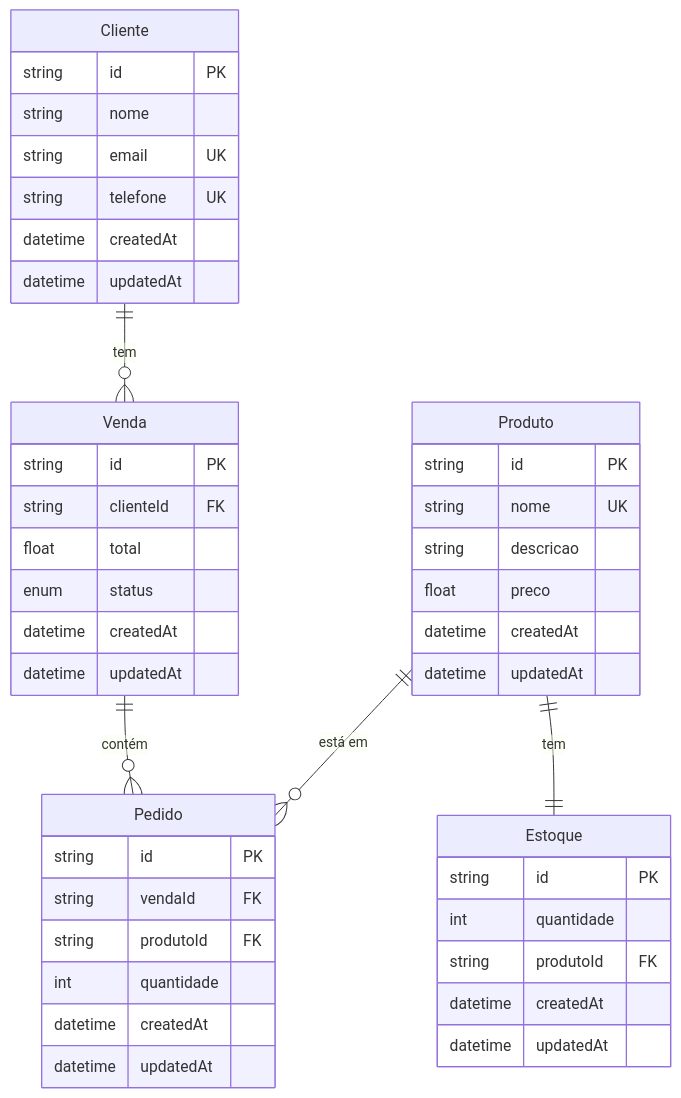
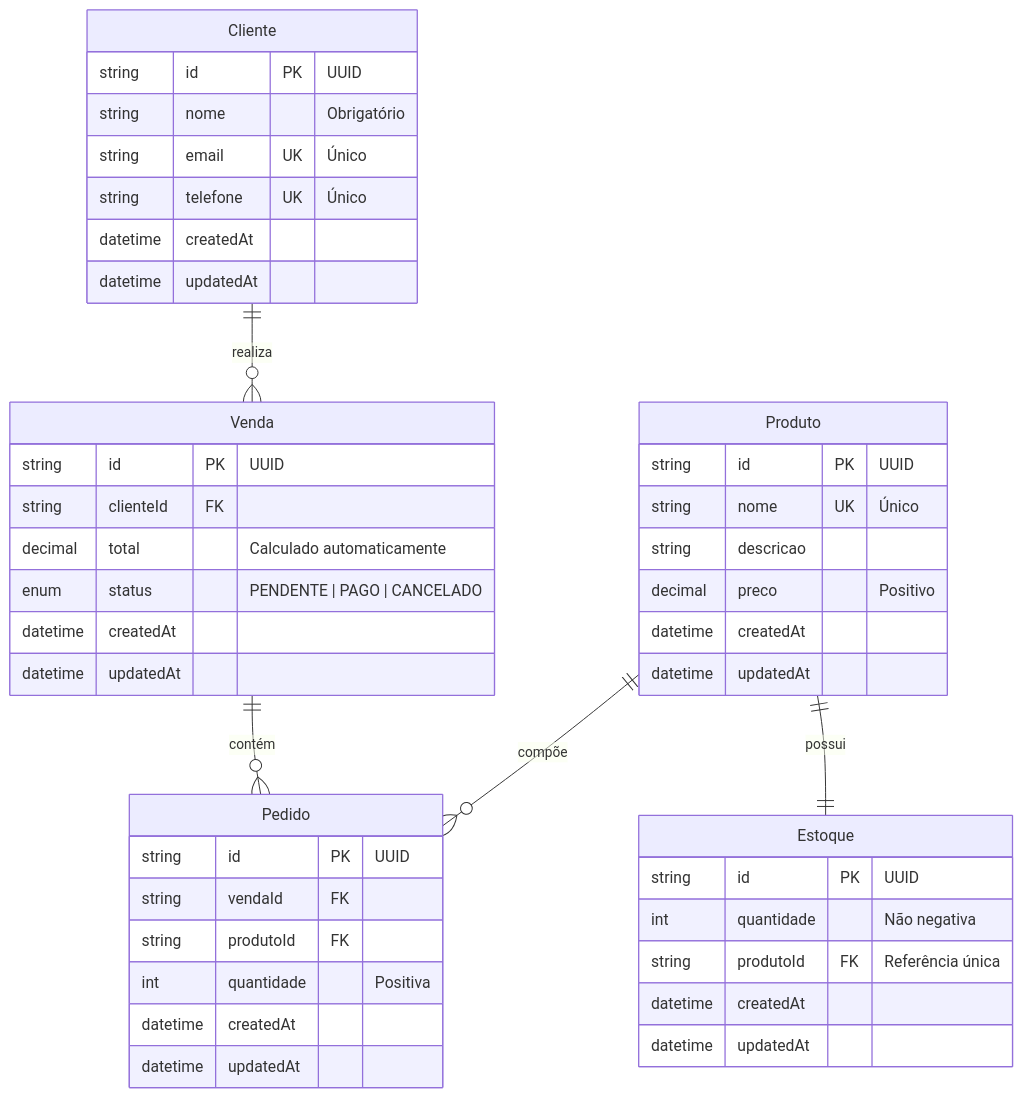
The diagram in README.md (leonardo-merlo/APIs-Ecommerce), drawn with Mermaid before and after one commit. The commit also changed other lines of this file, not shown here.

````diff
--- a/README.md
+++ b/README.md
@@ -70,51 +51,51 @@
 ```mermaid
 erDiagram
-    Cliente ||--o{ Venda : "tem"
+    Cliente ||--o{ Venda : "realiza"
     Venda ||--o{ Pedido : "contém"
-    Produto ||--o{ Pedido : "está em"
-    Produto ||--|| Estoque : "tem"
+    Produto ||--o{ Pedido : "compõe"
+    Produto ||--|| Estoque : "possui"
     
     Cliente {
-        string id PK
-        string nome
-        string email UK
-        string telefone UK
+        string id PK "UUID"
+        string nome "Obrigatório"
+        string email UK "Único"
+        string telefone UK "Único"
         datetime createdAt
         datetime updatedAt
     }
     
     Produto {
-        string id PK
-        string nome UK
+        string id PK "UUID"
+        string nome UK "Único"
         string descricao
-        float preco
+        decimal preco "Positivo"
         datetime createdAt
         datetime updatedAt
     }
     
     Estoque {
-        string id PK
-        int quantidade
-        string produtoId FK
+        string id PK "UUID"
+        int quantidade "Não negativa"
+        string produtoId FK "Referência única"
         datetime createdAt
         datetime updatedAt
     }
     
     Venda {
-        string id PK
+        string id PK "UUID"
         string clienteId FK
-        float total
-        enum status
+        decimal total "Calculado automaticamente"
+        enum status "PENDENTE | PAGO | CANCELADO"
         datetime createdAt
         datetime updatedAt
     }
     
     Pedido {
-        string id PK
+        string id PK "UUID"
         string vendaId FK
         string produtoId FK
-        int quantidade
+        int quantidade "Positiva"
         datetime createdAt
         datetime updatedAt
     }
 ```
````
